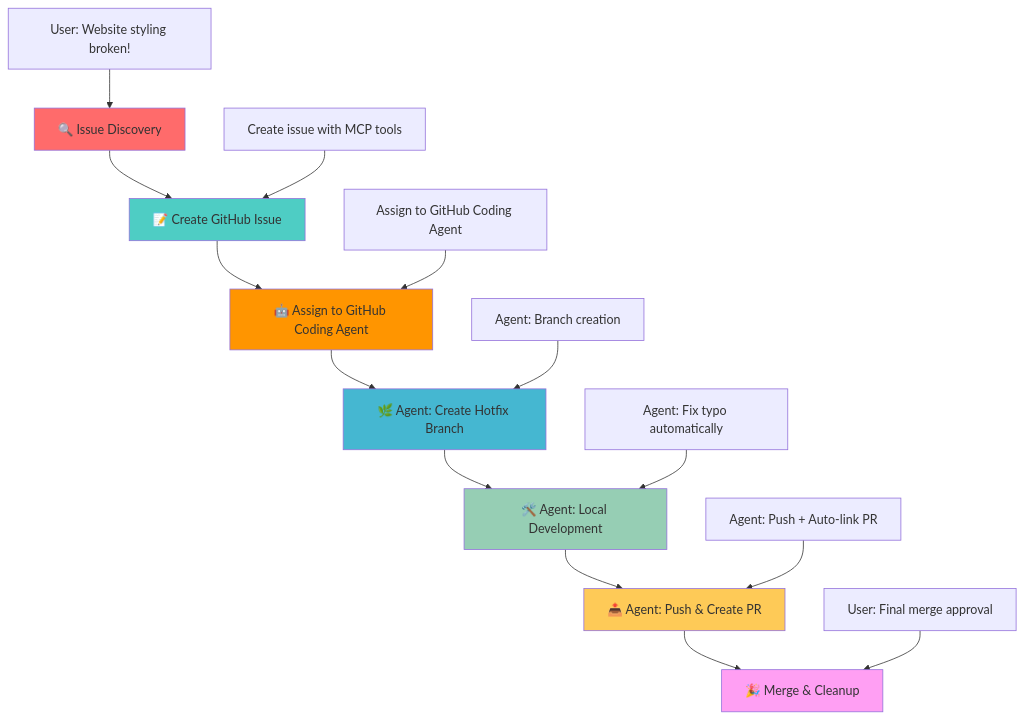
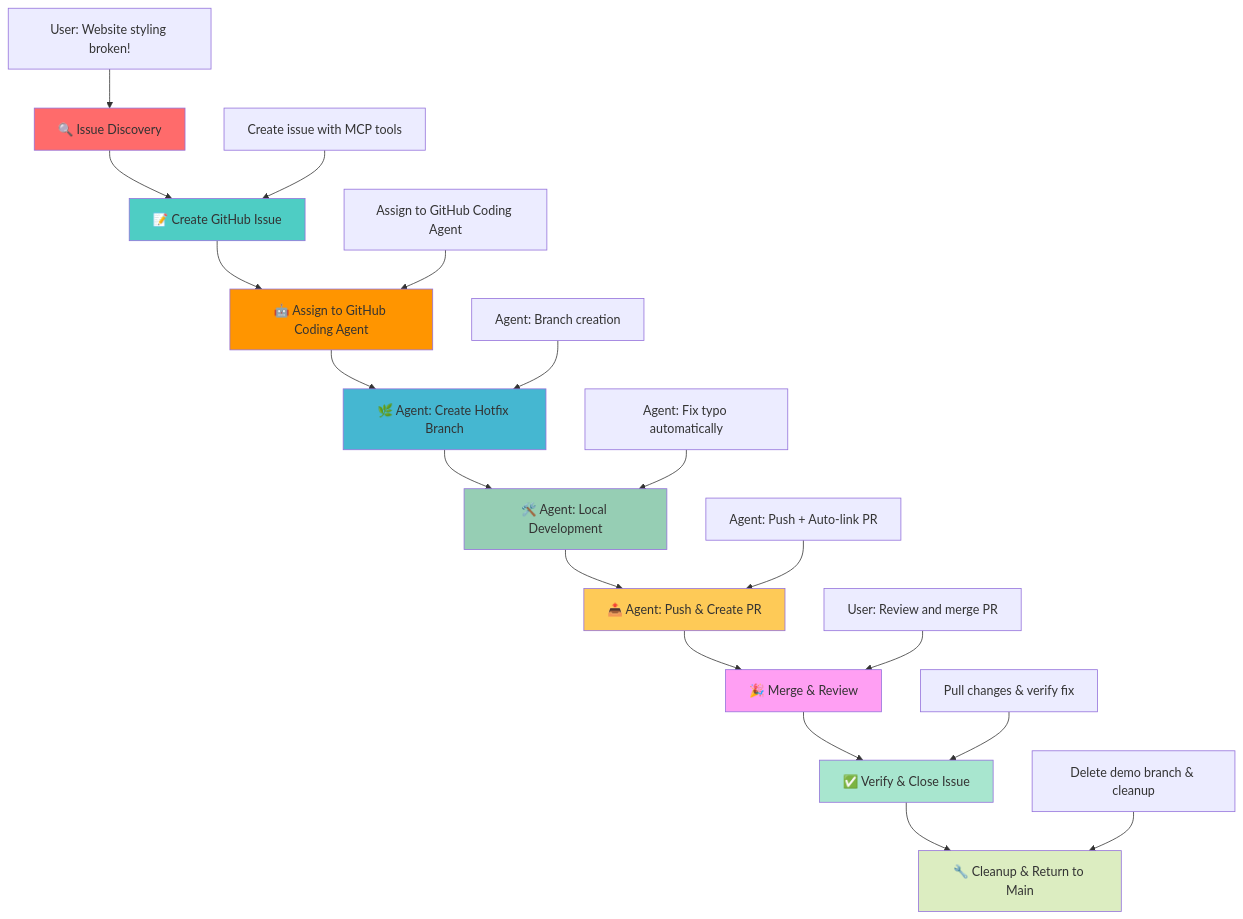
The diagram in README.md (david-pizzi-cg/github-coding-agent-demo), drawn with Mermaid before and after one commit. The commit also changed other lines of this file, not shown here.

````diff
--- a/README.md
+++ b/README.md
@@ -31,25 +31,31 @@
 ```mermaid
 graph TD
     A[🔍 Issue Discovery] --> B[📝 Create GitHub Issue]
     B --> C[🤖 Assign to GitHub Coding Agent]
     C --> D[🌿 Agent: Create Hotfix Branch]
     D --> E[🛠️ Agent: Local Development]
     E --> F[📤 Agent: Push & Create PR]
-    F --> G[🎉 Merge & Cleanup]
+    F --> G[🎉 Merge & Review]
+    G --> H[✅ Verify & Close Issue]
+    H --> I[🔧 Cleanup & Return to Main]
 
     A1["User: Website styling broken!"] --> A
     B1["Create issue with MCP tools"] --> B
     C1["Assign to GitHub Coding Agent"] --> C
     D1["Agent: Branch creation"] --> D
     E1["Agent: Fix typo automatically"] --> E
     F1["Agent: Push + Auto-link PR"] --> F
-    G1["User: Final merge approval"] --> G
+    G1["User: Review and merge PR"] --> G
+    H1["Pull changes & verify fix"] --> H
+    I1["Delete demo branch & cleanup"] --> I
 
     style A fill:#ff6b6b
     style B fill:#4ecdc4
     style C fill:#ff9500
     style D fill:#45b7d1
     style E fill:#96ceb4
     style F fill:#feca57
     style G fill:#ff9ff3
+    style H fill:#a8e6cf
+    style I fill:#dcedc1
 ```
````
